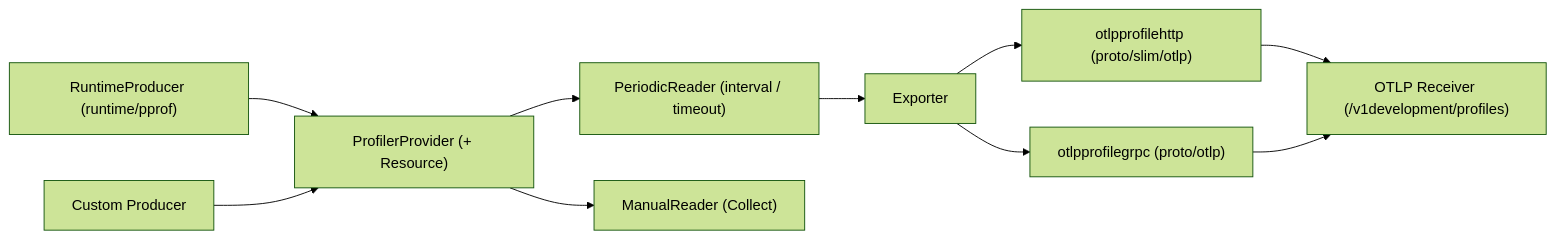
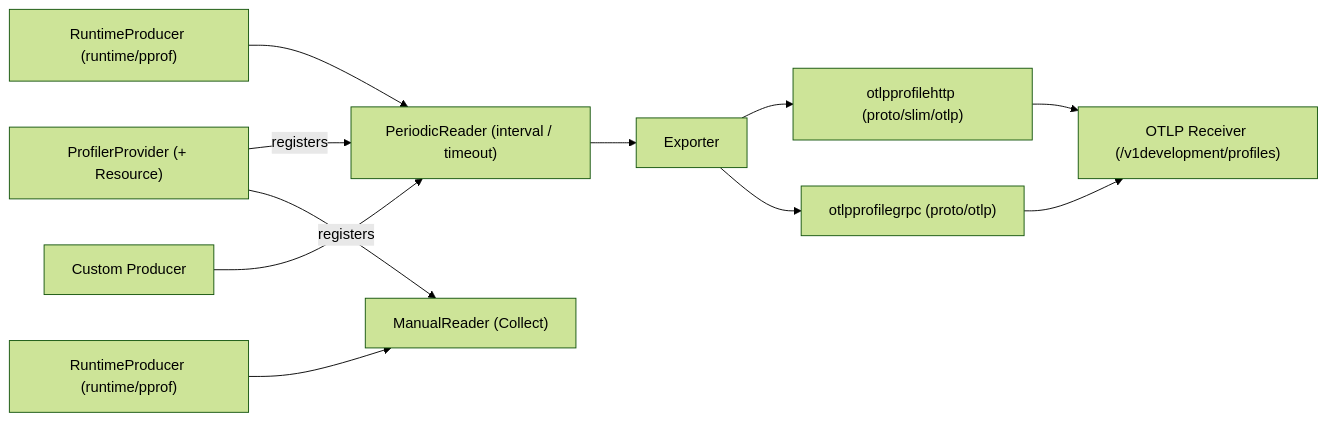
Before and after one commit to open-telemetry/opentelemetry-go: the diagram in sdk/profile/DESIGN.md, drawn with Mermaid (forest theme).

Commit message:
sdk/profile: attach RuntimeProducer per reader in pipeline diagram

````diff
--- a/sdk/profile/DESIGN.md
+++ b/sdk/profile/DESIGN.md
@@ -43,12 +43,13 @@
 ```mermaid
 flowchart LR
-    RP["RuntimeProducer (runtime/pprof)"] --> PP["ProfilerProvider (+ Resource)"]
-    CP["Custom Producer"] --> PP
-    PP --> PR["PeriodicReader (interval / timeout)"]
-    PP --> MR["ManualReader (Collect)"]
+    PP["ProfilerProvider (+ Resource)"] -->|registers| PR["PeriodicReader (interval / timeout)"]
+    PP -->|registers| MR["ManualReader (Collect)"]
+    RP1["RuntimeProducer (runtime/pprof)"] --> PR
+    CP["Custom Producer"] --> PR
+    RP2["RuntimeProducer (runtime/pprof)"] --> MR
     PR --> EXP["Exporter"]
     EXP --> HTTP["otlpprofilehttp (proto/slim/otlp)"]
     EXP --> GRPC["otlpprofilegrpc (proto/otlp)"]
     HTTP --> RCV["OTLP Receiver (/v1development/profiles)"]
     GRPC --> RCV
 ```
````
